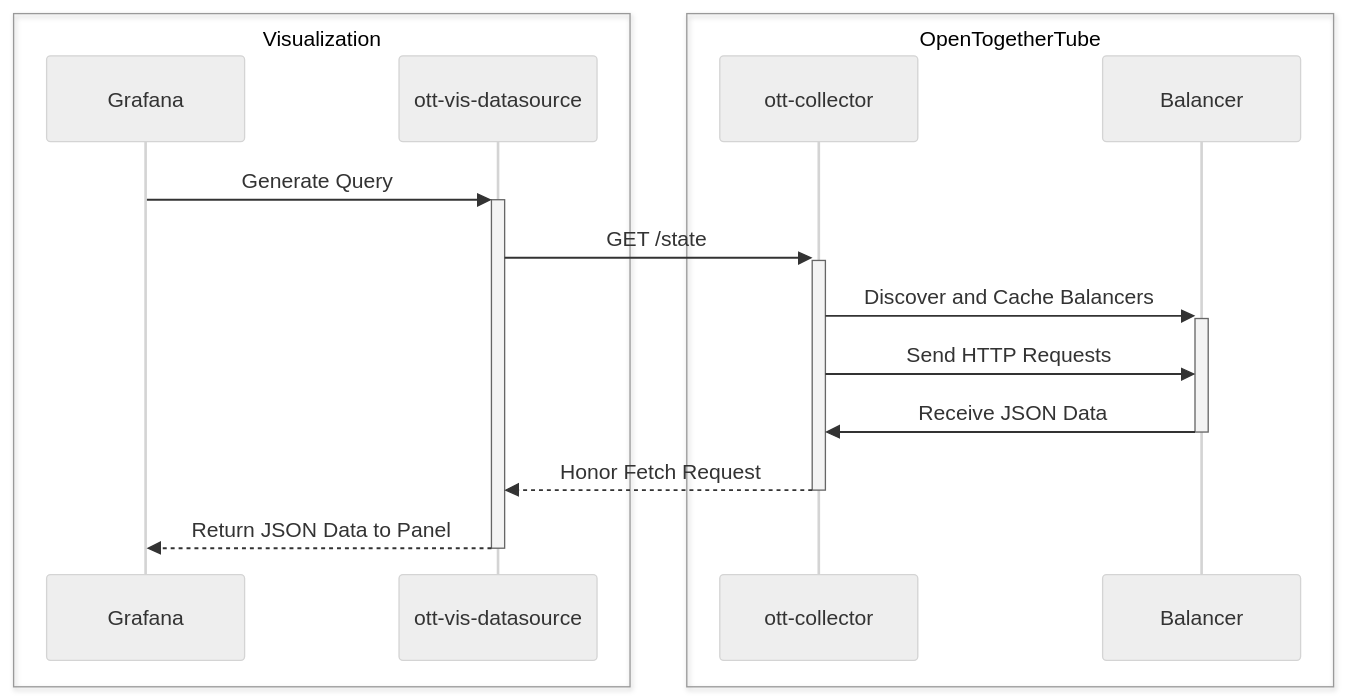
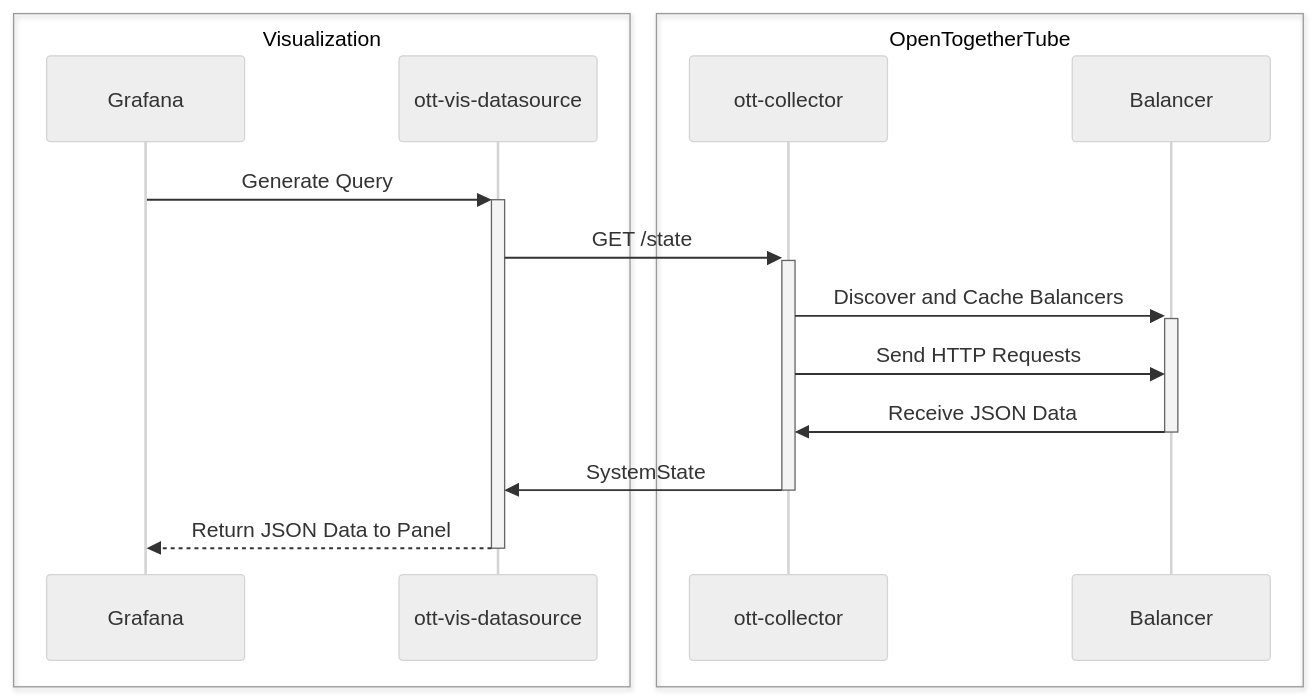
One commit to dyc3/senior-design changed the diagram in figures/vis/visualization-balancer-datasource-sequence.mmd. Above: the diagram before and after it, drawn with Mermaid (neutral theme).

```diff
--- a/figures/vis/visualization-balancer-datasource-sequence.mmd
+++ b/figures/vis/visualization-balancer-datasource-sequence.mmd
@@ -1,18 +1,18 @@
 sequenceDiagram
     box Visualization
     participant Grafana
     participant ott-vis-datasource
     end
 
     box OpenTogetherTube
     participant ott-collector
     participant Balancer
     end
 
     Grafana->>+ott-vis-datasource: Generate Query
     ott-vis-datasource->>+ott-collector: GET /state
     ott-collector->>+Balancer: Discover and Cache Balancers
     ott-collector->>Balancer: Send HTTP Requests
     Balancer->>-ott-collector: Receive JSON Data
-    ott-collector-->>-ott-vis-datasource: Honor Fetch Request
+    ott-collector->>-ott-vis-datasource: SystemState
     ott-vis-datasource-->>-Grafana: Return JSON Data to Panel
```
